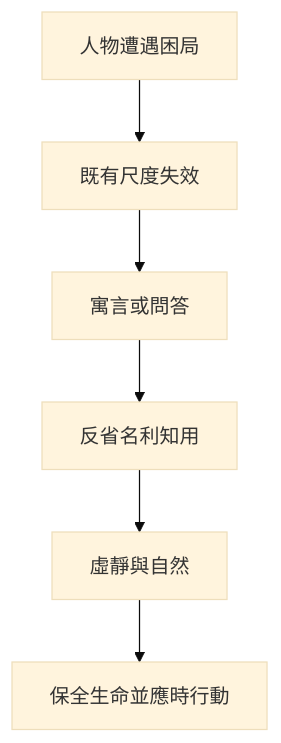
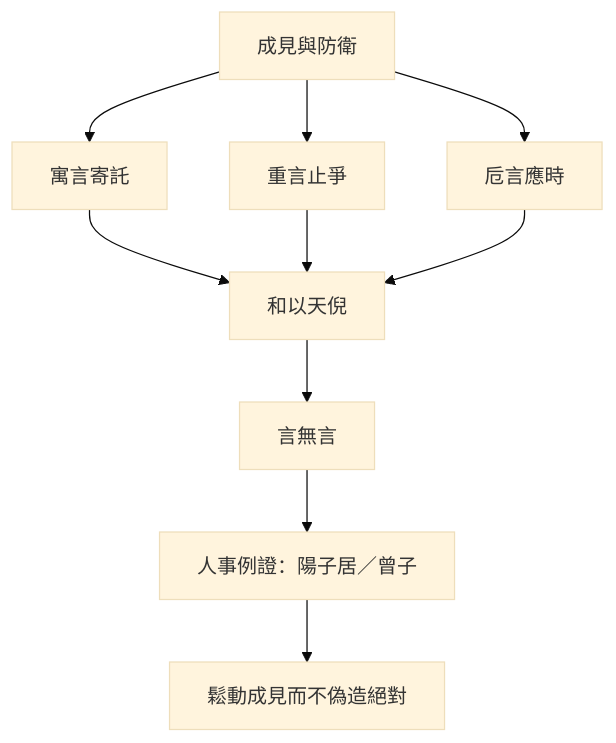
One commit to show0621/zhuangzi-atlas changed the diagram in content/chapters/03-雜篇/27-寓言.md. Above: the diagram before and after it, drawn with Mermaid (base theme). The commit also changed other lines of this file and 3 other files, not shown here.

````diff
--- a/content/chapters/03-雜篇/27-寓言.md
+++ b/content/chapters/03-雜篇/27-寓言.md
@@ -190,8 +200,12 @@
 ```mermaid
 flowchart TD
-  A[人物遭遇困局] --> B[既有尺度失效]
-  B --> C[寓言或問答]
-  C --> D[反省名利知用]
-  D --> E[虛靜與自然]
-  E --> F[保全生命並應時行動]
+  A[成見與防衛] --> B[寓言寄託]
+  A --> C[重言止爭]
+  A --> D[卮言應時]
+  B --> E[和以天倪]
+  C --> E
+  D --> E
+  E --> F[言無言]
+  F --> G[人事例證：陽子居／曾子]
+  G --> H[鬆動成見而不偽造絕對]
 ```
````
